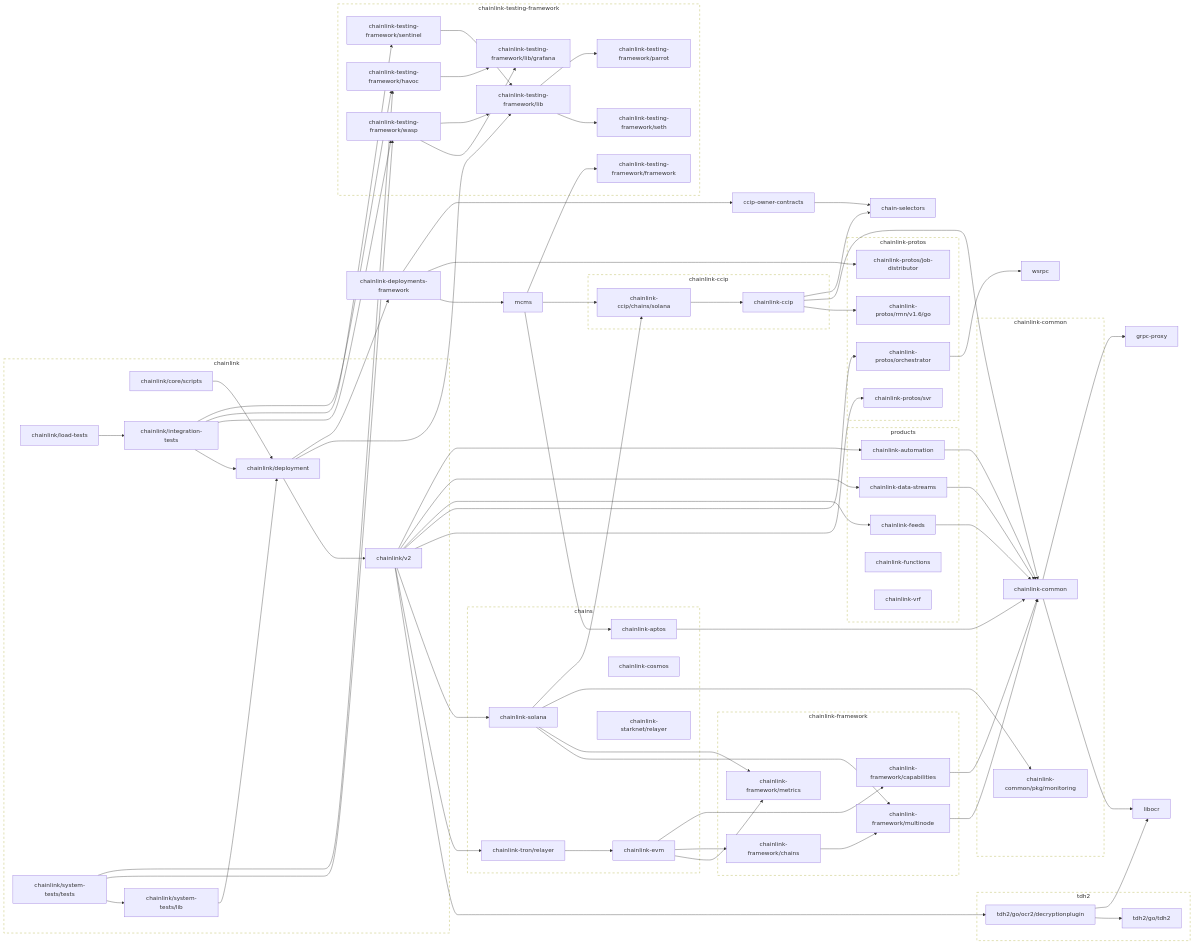
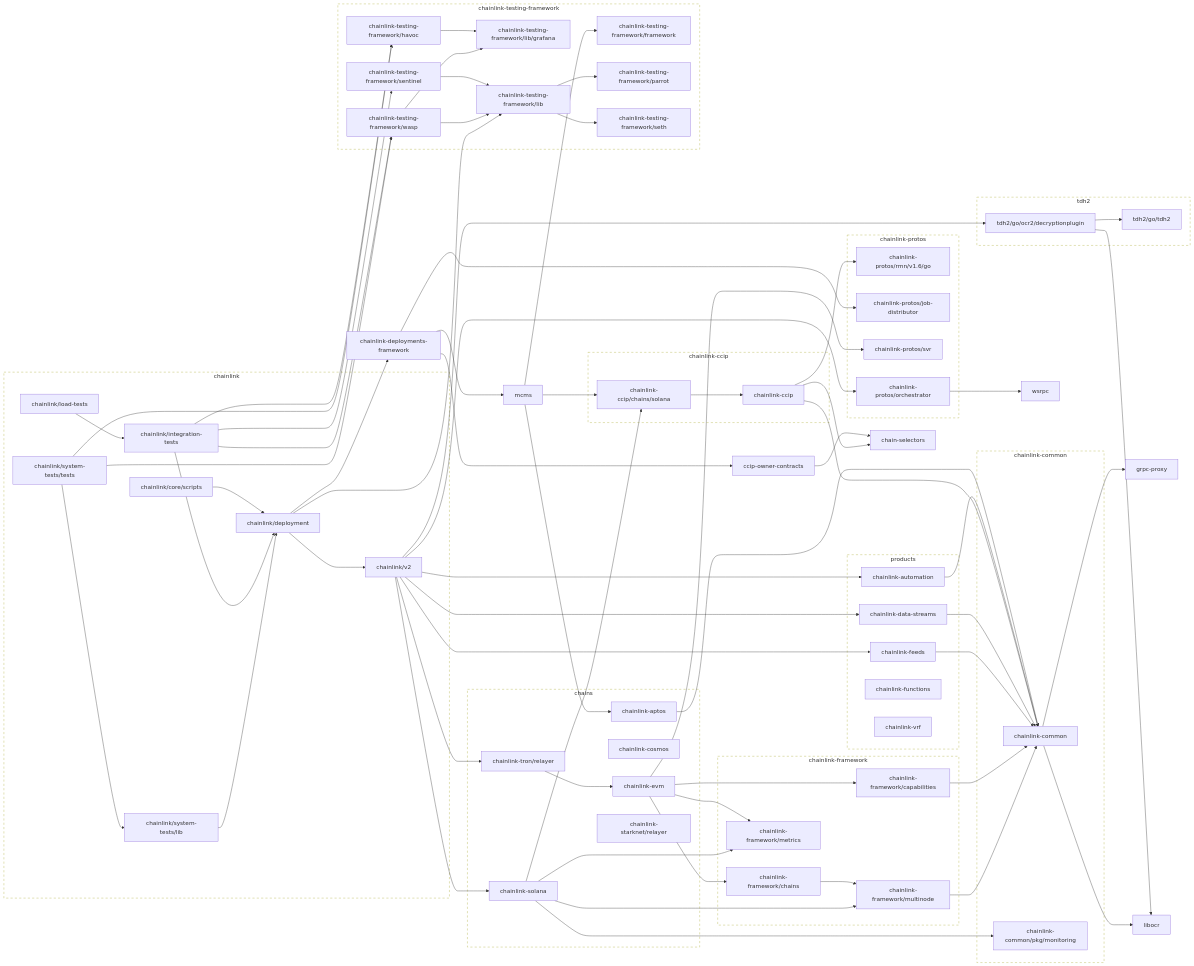
Before and after one commit to JohnDaWalka/chainlink: the second of 2 diagrams in go.md, drawn with Mermaid. The commit also changed other lines of this file and 54 other files, not shown here.

First line of the commit message:
[CRE-403] Use forwarders and txm from chainlink-evm. (#17527)

```diff
--- a/go.md
+++ b/go.md
@@ -174,6 +174,7 @@
 	chainlink-evm --> chainlink-framework/capabilities
 	chainlink-evm --> chainlink-framework/chains
 	chainlink-evm --> chainlink-framework/metrics
+	chainlink-evm --> chainlink-protos/svr
 	click chainlink-evm href "https://github.com/smartcontractkit/chainlink-evm"
 	chainlink-feeds --> chainlink-common
 	click chainlink-feeds href "https://github.com/smartcontractkit/chainlink-feeds"
@@ -241,7 +242,6 @@
 	chainlink/v2 --> chainlink-data-streams
 	chainlink/v2 --> chainlink-feeds
 	chainlink/v2 --> chainlink-protos/orchestrator
-	chainlink/v2 --> chainlink-protos/svr
 	chainlink/v2 --> chainlink-solana
 	chainlink/v2 --> chainlink-tron/relayer
 	chainlink/v2 --> tdh2/go/ocr2/decryptionplugin
```
